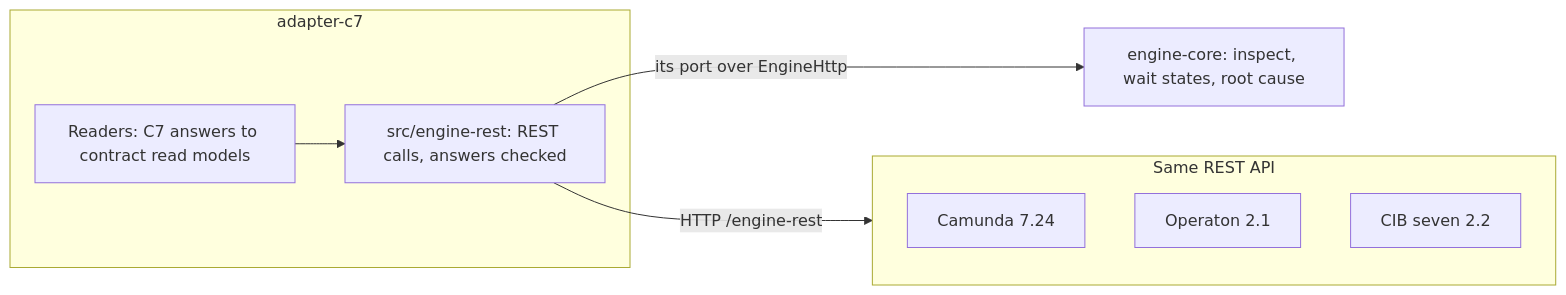
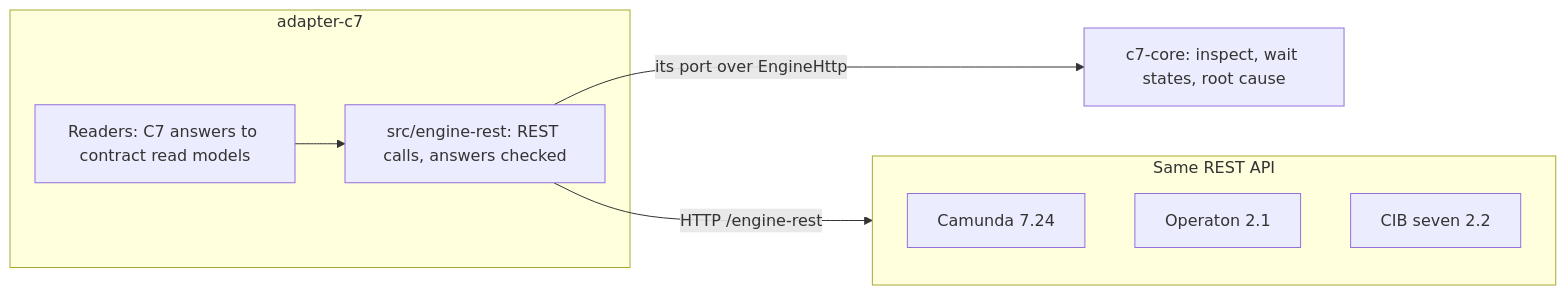
One commit to Miragon/pulse changed the fourth of 7 diagrams in apps/vscode/docs/architecture-overview.md. Above: the diagram before and after it, drawn with Mermaid. The commit also changed other lines of this file and 257 other files, not shown here.

````diff
--- a/apps/vscode/docs/architecture-overview.md
+++ b/apps/vscode/docs/architecture-overview.md
@@ -158,16 +158,16 @@
 ```mermaid
 flowchart LR
   subgraph adapter [adapter-c7]
     readers[Readers: C7 answers to contract read models]
     rest[src/engine-rest: REST calls, answers checked]
   end
-  core["engine-core: inspect, wait states, root cause"]
+  core["c7-core: inspect, wait states, root cause"]
   subgraph family [Same REST API]
     camunda7[Camunda 7.24]
     operaton[Operaton 2.1]
     cibseven[CIB seven 2.2]
   end
   readers --> rest
   rest -- its port over EngineHttp --> core
   rest -- HTTP /engine-rest --> family
 ```
````
